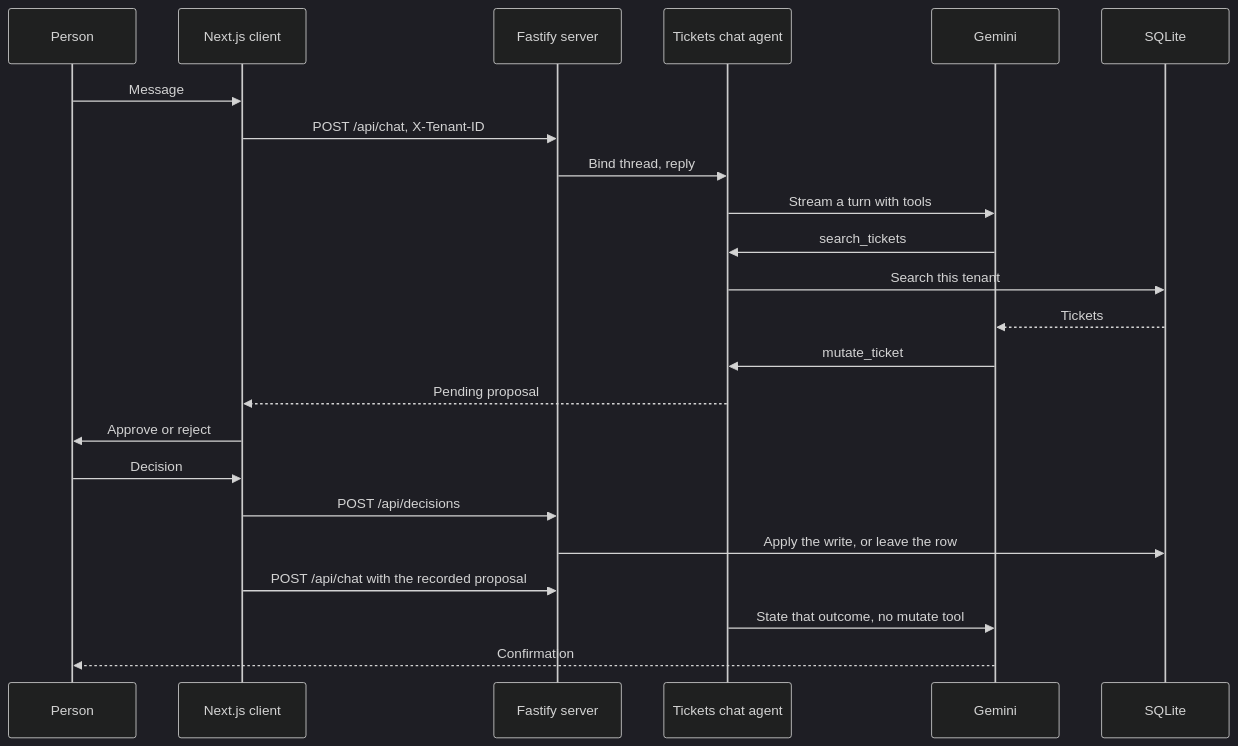
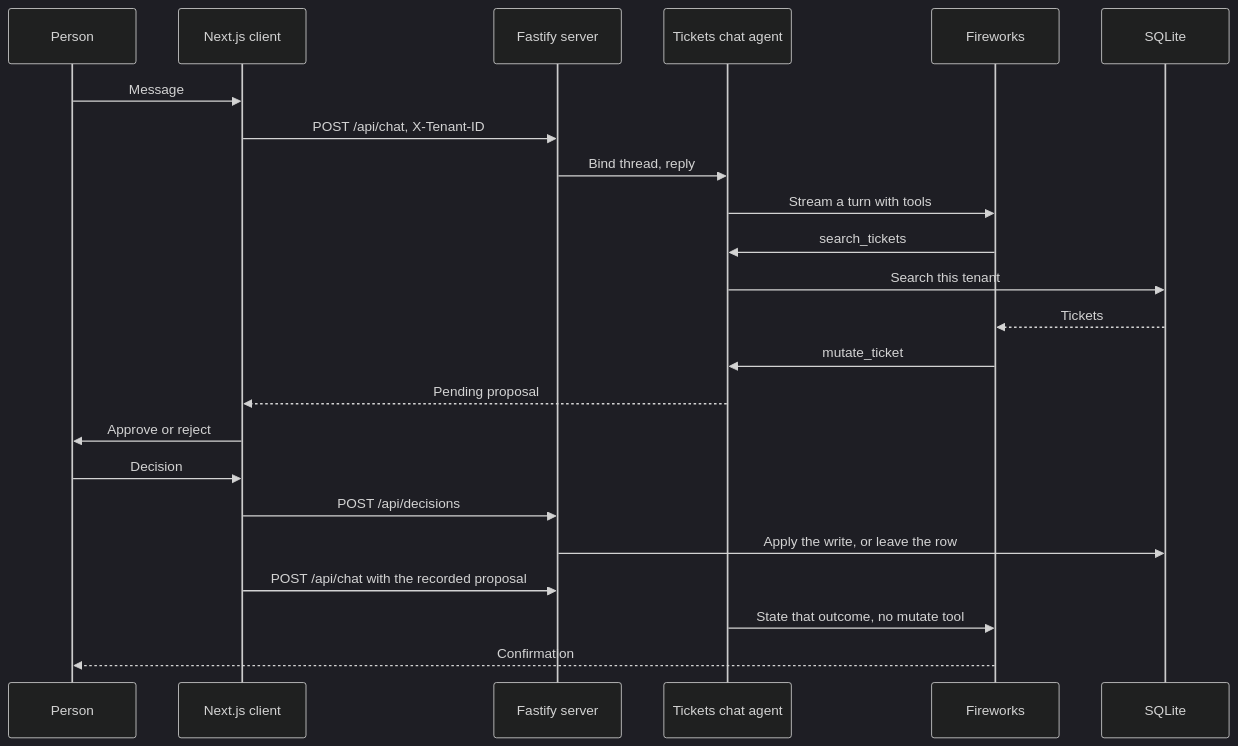
The first of 2 diagrams in README.md (dbelchev/quickbase), drawn with Mermaid (dark theme) before and after one commit. The commit also changed other lines of this file and 21 other files, not shown here.

First line of the commit message:
Run the tickets chat agent on Fireworks.

````diff
--- a/README.md
+++ b/README.md
@@ -74,26 +74,26 @@
 ```mermaid
 sequenceDiagram
   participant Person
   participant Client as Next.js client
   participant Server as Fastify server
   participant Agent as Tickets chat agent
-  participant Gemini
+  participant Fireworks
   participant Store as SQLite
 
   Person->>Client: Message
   Client->>Server: POST /api/chat, X-Tenant-ID
   Server->>Agent: Bind thread, reply
-  Agent->>Gemini: Stream a turn with tools
-  Gemini->>Agent: search_tickets
+  Agent->>Fireworks: Stream a turn with tools
+  Fireworks->>Agent: search_tickets
   Agent->>Store: Search this tenant
-  Store-->>Gemini: Tickets
-  Gemini->>Agent: mutate_ticket
+  Store-->>Fireworks: Tickets
+  Fireworks->>Agent: mutate_ticket
   Agent-->>Client: Pending proposal
   Client->>Person: Approve or reject
   Person->>Client: Decision
   Client->>Server: POST /api/decisions
   Server->>Store: Apply the write, or leave the row
   Client->>Server: POST /api/chat with the recorded proposal
-  Agent->>Gemini: State that outcome, no mutate tool
-  Gemini-->>Person: Confirmation
+  Agent->>Fireworks: State that outcome, no mutate tool
+  Fireworks-->>Person: Confirmation
 ```
````
